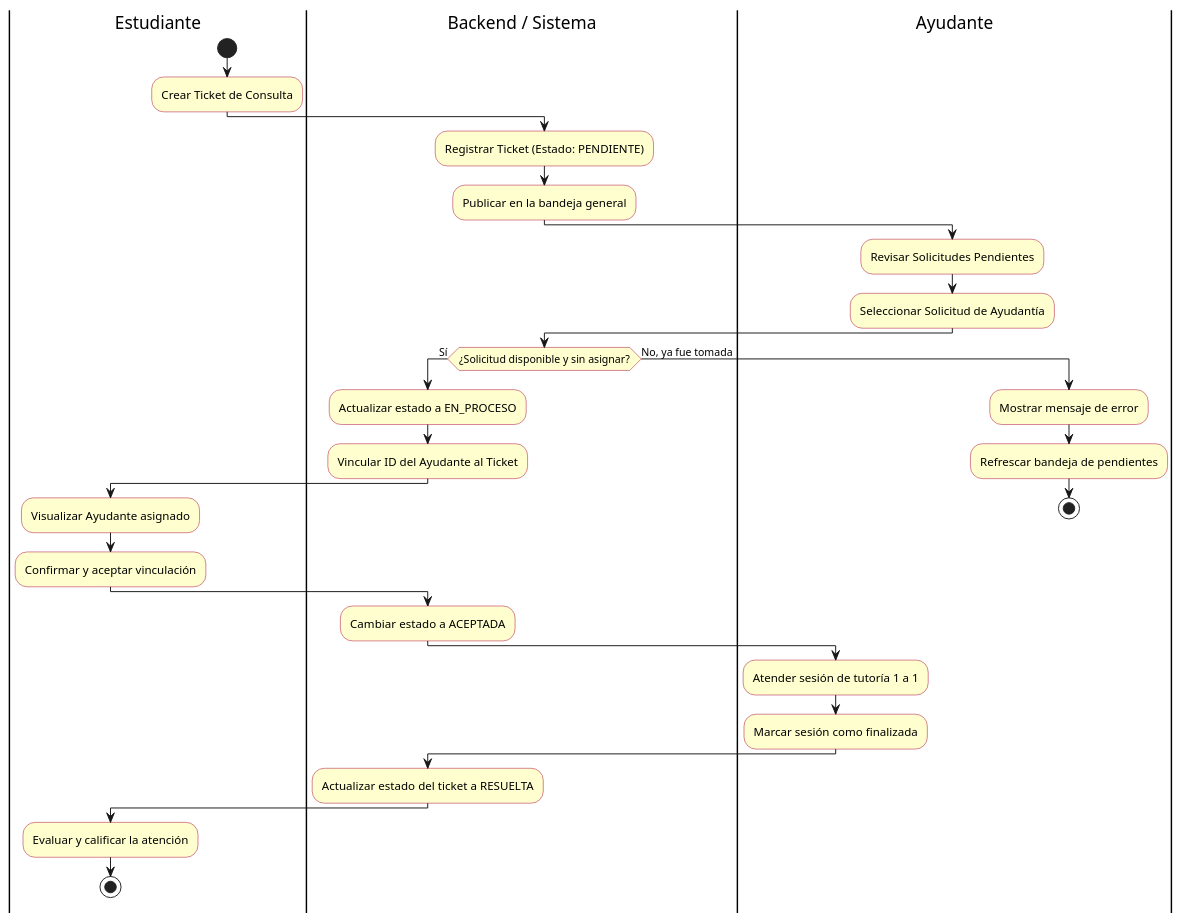
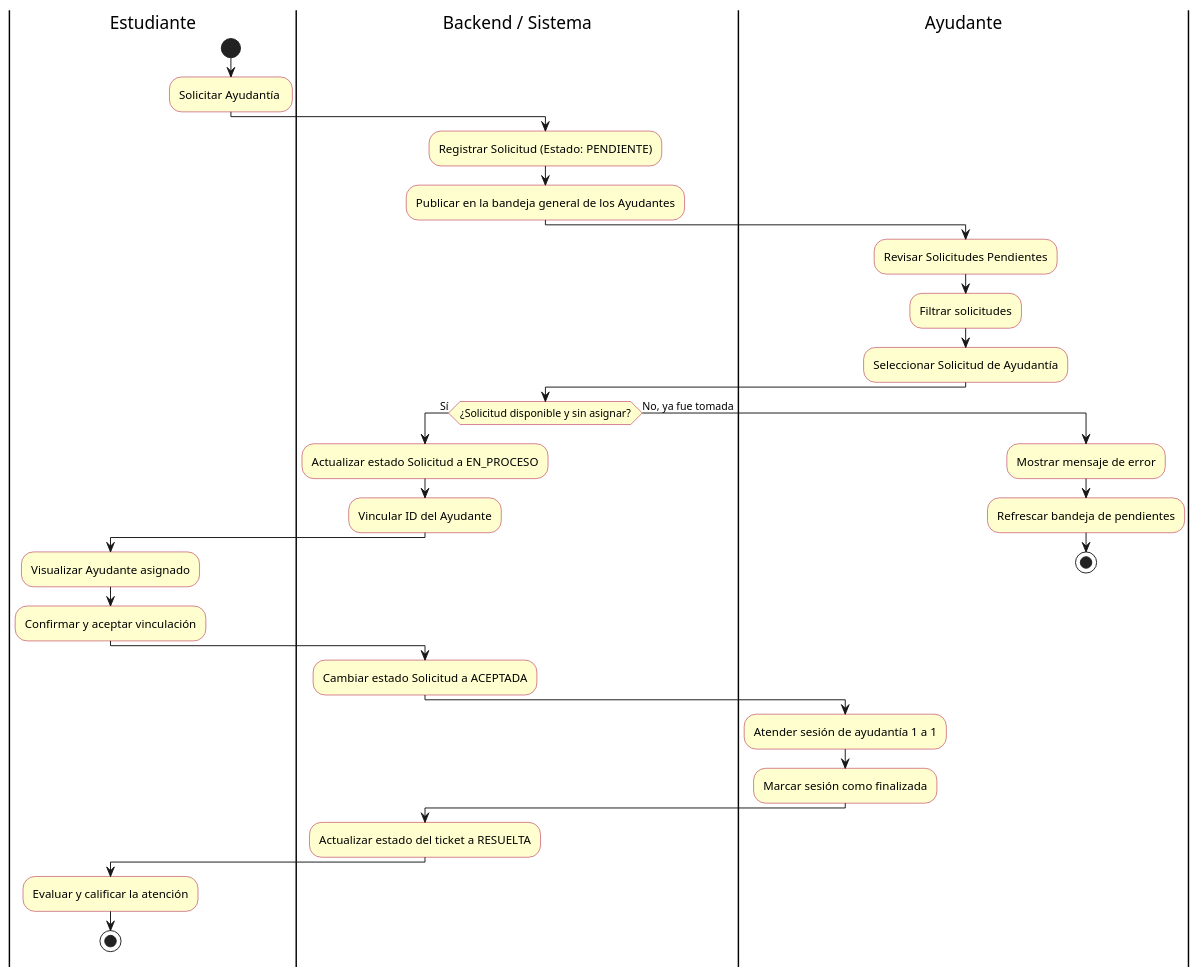
The diagram in fase-2/evidencias-proyecto/evidencias-de-documentacion/diagramaActividad.puml (IgnacioAntGP/2026_2_MA_CAPSTONE_003D_GRUPO_2), drawn with PlantUML before and after one commit. The commit also changed 3 other files, not shown here.

Commit message:
feat(diagrama-actividad): Añadido diagrama de actividad principal de EntrePares #71

```diff
--- a/fase-2/evidencias-proyecto/evidencias-de-documentacion/diagramaActividad.puml
+++ b/fase-2/evidencias-proyecto/evidencias-de-documentacion/diagramaActividad.puml
@@ -1,46 +1,47 @@
 @startuml diagramaActividadEntrepares
 skinparam defaultTextAlignment center
 skinparam ActivityBackgroundColor #FEFECE
 skinparam ActivityBorderColor #A80036
 
 |Estudiante|
 start
-:Crear Ticket de Consulta;
+:Solicitar Ayudantía ;
 
 |Backend / Sistema|
-:Registrar Ticket (Estado: PENDIENTE);
-:Publicar en la bandeja general;
+:Registrar Solicitud (Estado: PENDIENTE);
+:Publicar en la bandeja general de los Ayudantes;
 
 |Ayudante|
 :Revisar Solicitudes Pendientes;
+:Filtrar solicitudes;
 :Seleccionar Solicitud de Ayudantía;
 
 |Backend / Sistema|
 if (¿Solicitud disponible y sin asignar?) then (Sí)
-  :Actualizar estado a EN_PROCESO;
-  :Vincular ID del Ayudante al Ticket;
+  :Actualizar estado Solicitud a EN_PROCESO;
+  :Vincular ID del Ayudante;
   
   |Estudiante|
   :Visualizar Ayudante asignado;
   :Confirmar y aceptar vinculación;
   
   |Backend / Sistema|
-  :Cambiar estado a ACEPTADA;
+  :Cambiar estado Solicitud a ACEPTADA;
   
   |Ayudante|
-  :Atender sesión de tutoría 1 a 1;
+  :Atender sesión de ayudantía 1 a 1;
   :Marcar sesión como finalizada;
   
   |Backend / Sistema|
   :Actualizar estado del ticket a RESUELTA;
   
   |Estudiante|
   :Evaluar y calificar la atención;
   stop
 else (No, ya fue tomada)
   |Ayudante|
   :Mostrar mensaje de error;
   :Refrescar bandeja de pendientes;
   stop
 endif
 @enduml
```
